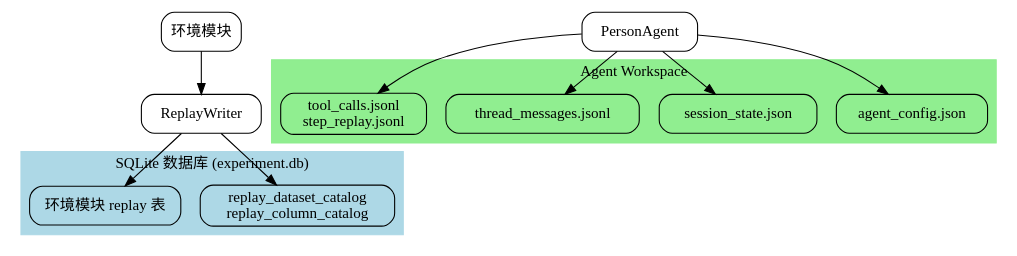
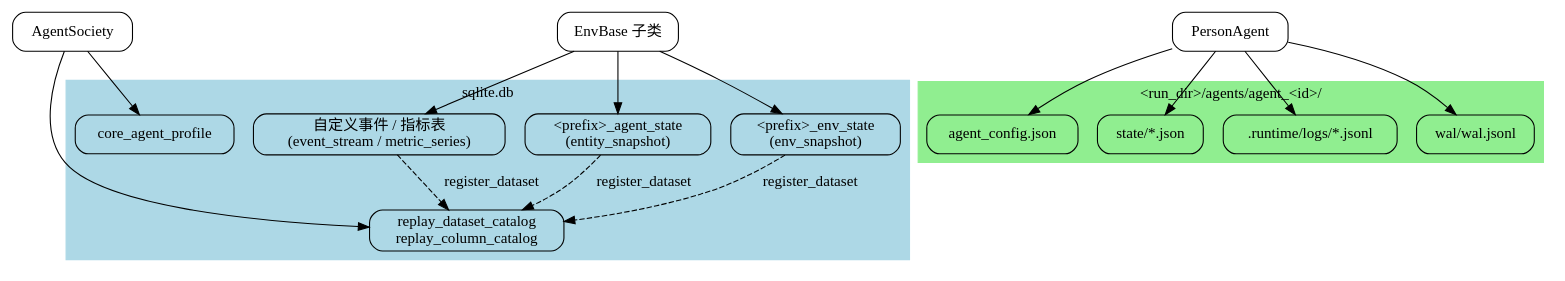
The diagram in packages/agentsociety2/docs/storage.rst (miaoqijun/AgentSociety), drawn with Graphviz before and after one commit. The commit also changed other lines of this file and 90 other files, not shown here.

```diff
--- a/packages/agentsociety2/docs/storage.rst
+++ b/packages/agentsociety2/docs/storage.rst
@@ -38,38 +75,47 @@
 .. graphviz::
 
    digraph storage_architecture {
        rankdir=TB;
        node [shape=box, style=rounded];
 
        subgraph cluster_db {
-           label = "SQLite 数据库 (experiment.db)";
+           label = "sqlite.db";
            style=filled;
            color=lightblue;
 
            Catalog [label="replay_dataset_catalog\nreplay_column_catalog"];
-           Custom [label="环境模块 replay 表"];
+           Profile [label="core_agent_profile"];
+           AgentState [label="<prefix>_agent_state\n(entity_snapshot)"];
+           EnvState [label="<prefix>_env_state\n(env_snapshot)"];
+           Custom [label="自定义事件 / 指标表\n(event_stream / metric_series)"];
        }
 
        subgraph cluster_workspace {
-           label = "Agent Workspace";
+           label = "<run_dir>/agents/agent_<id>/";
            style=filled;
            color=lightgreen;
 
            Config [label="agent_config.json"];
-           Session [label="session_state.json"];
-           Thread [label="thread_messages.jsonl"];
-           Logs [label="tool_calls.jsonl\nstep_replay.jsonl"];
+           State [label="state/*.json"];
+           Logs [label=".runtime/logs/*.jsonl"];
+           WAL [label="wal/wal.jsonl"];
        }
 
-       ReplayWriter [label="ReplayWriter"];
-       Env [label="环境模块"];
+       Society [label="AgentSociety"];
+       Env [label="EnvBase 子类"];
        Person [label="PersonAgent"];
 
-       Env -> ReplayWriter;
-       ReplayWriter -> Catalog;
-       ReplayWriter -> Custom;
+       Society -> Profile;
+       Society -> Catalog;
+       Env -> AgentState;
+       Env -> EnvState;
+       Env -> Custom;
+       AgentState -> Catalog [label="register_dataset", style=dashed];
+       EnvState -> Catalog [label="register_dataset", style=dashed];
+       Custom -> Catalog [label="register_dataset", style=dashed];
+
        Person -> Config;
-       Person -> Session;
-       Person -> Thread;
+       Person -> State;
        Person -> Logs;
+       Person -> WAL;
    }
```
